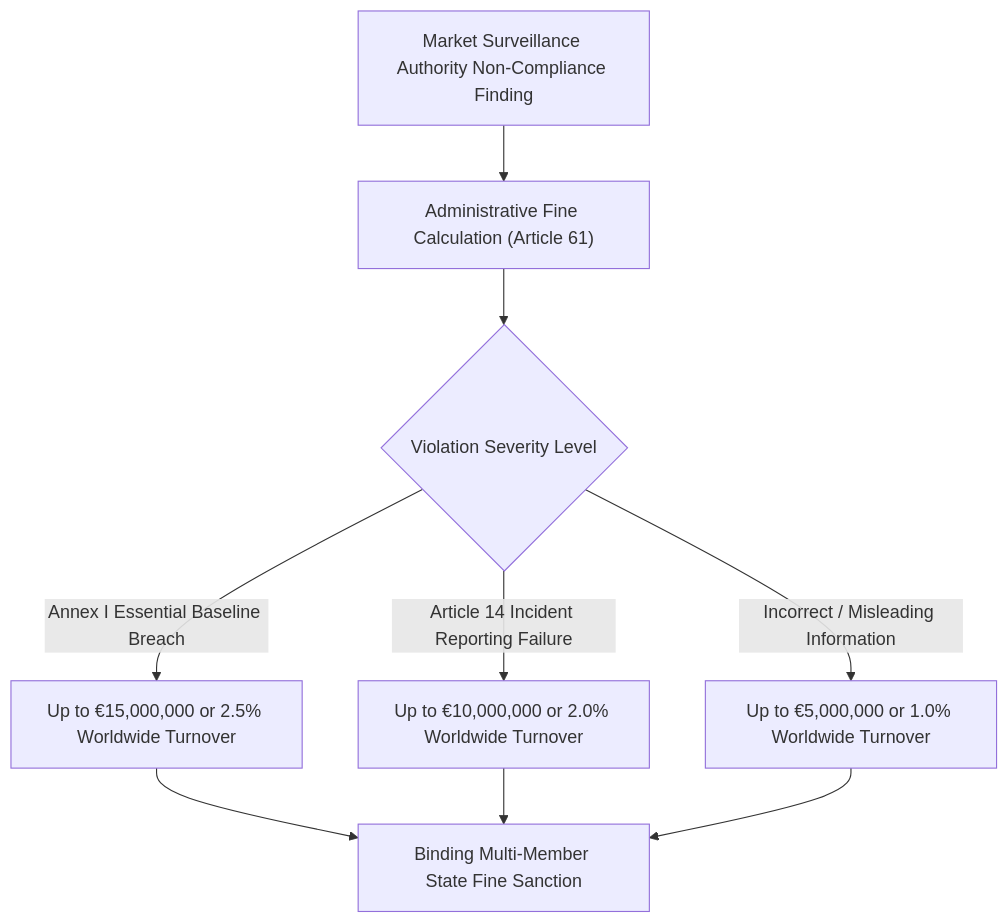
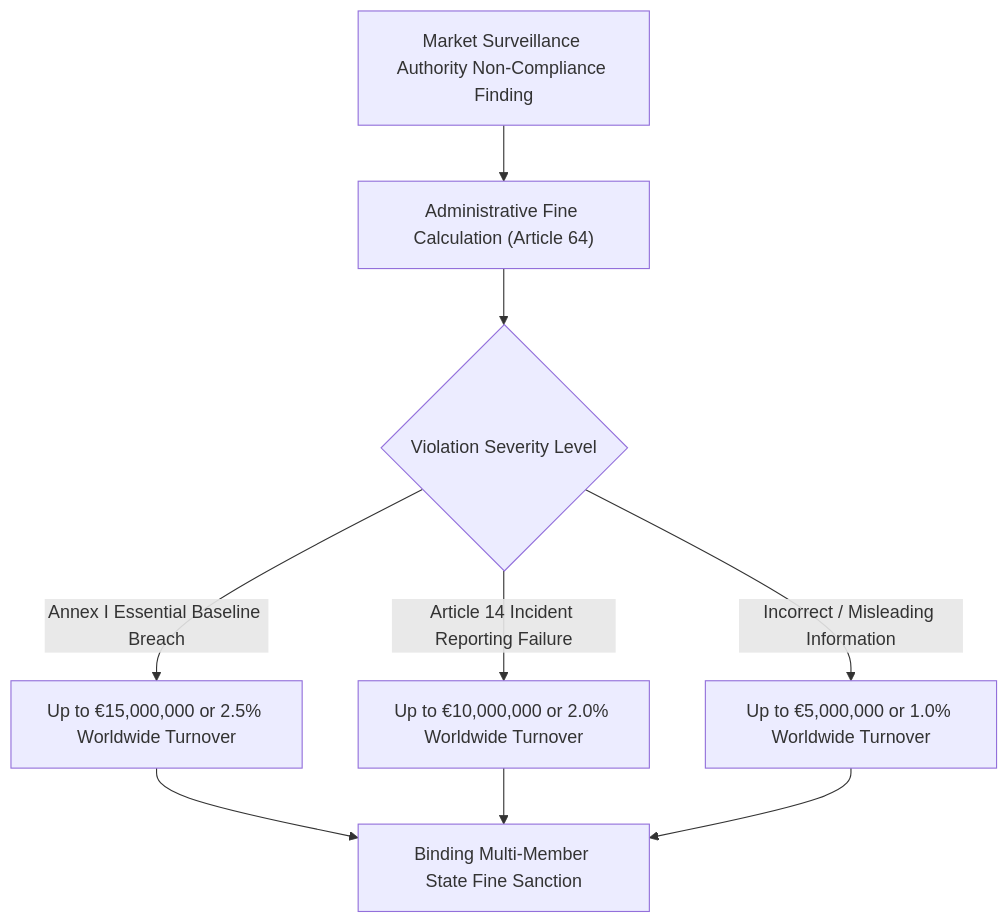
Before and after one commit to Planet9V/OXOT_Website_Conformity_Application: the diagram in docs/cra_podcast/blogs/BLOG_EP_8.01_ep-8.01-the-15-000-000-calculation-demystifying-article-61.md, drawn with Mermaid. The commit also changed other lines of this file and 98 other files, not shown here.

````diff
--- a/docs/cra_podcast/blogs/BLOG_EP_8.01_ep-8.01-the-15-000-000-calculation-demystifying-article-61.md
+++ b/docs/cra_podcast/blogs/BLOG_EP_8.01_ep-8.01-the-15-000-000-calculation-demystifying-article-61.md
@@ -67,9 +67,9 @@
 ```mermaid
 graph TD
-    A["Market Surveillance Authority Non-Compliance Finding"] --> B["Administrative Fine Calculation (Article 61)"]
+    A["Market Surveillance Authority Non-Compliance Finding"] --> B["Administrative Fine Calculation (Article 64)"]
     B --> C{"Violation Severity Level"}
     C -->|"Annex I Essential Baseline Breach"| D["Up to €15,000,000 or 2.5% Worldwide Turnover"]
     C -->|"Article 14 Incident Reporting Failure"| E["Up to €10,000,000 or 2.0% Worldwide Turnover"]
     C -->|"Incorrect / Misleading Information"| F["Up to €5,000,000 or 1.0% Worldwide Turnover"]
     D & E & F --> G["Binding Multi-Member State Fine Sanction"]
 ```
````
